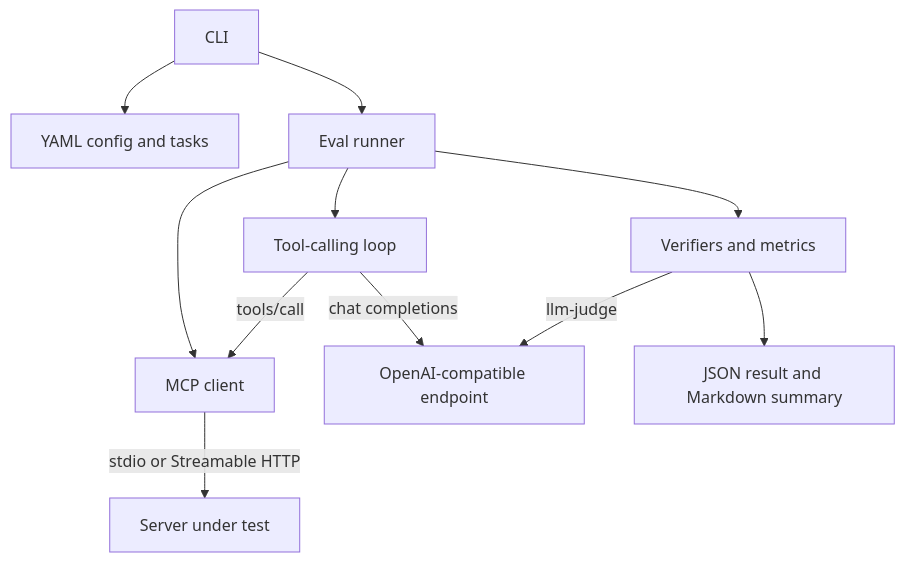
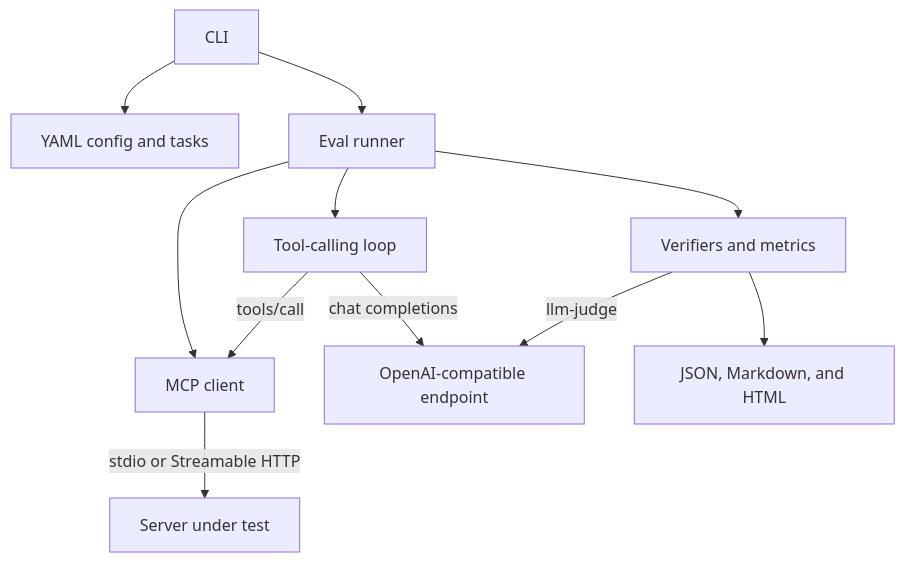
One commit to harmenx/mcp-tool-evals changed the diagram in README.md. Above: the diagram before and after it, drawn with Mermaid. The commit also changed other lines of this file, not shown here.

First line of the commit message:
docs: cover the HTML report, the action, and the benchmark

````diff
--- a/README.md
+++ b/README.md
@@ -230,23 +234,23 @@
 ```mermaid
 flowchart TB
   CLI[CLI]
   Config[YAML config and tasks]
   Runner[Eval runner]
   MCP[MCP client]
   Server[Server under test]
   Loop[Tool-calling loop]
   Model[OpenAI-compatible endpoint]
   Score[Verifiers and metrics]
-  Report[JSON result and Markdown summary]
+  Report[JSON, Markdown, and HTML]
 
   CLI --> Config
   CLI --> Runner
   Runner --> MCP
   MCP -->|stdio or Streamable HTTP| Server
   Runner --> Loop
   Loop -->|chat completions| Model
   Loop -->|tools/call| MCP
   Runner --> Score
   Score -->|llm-judge| Model
   Score --> Report
 ```
````
